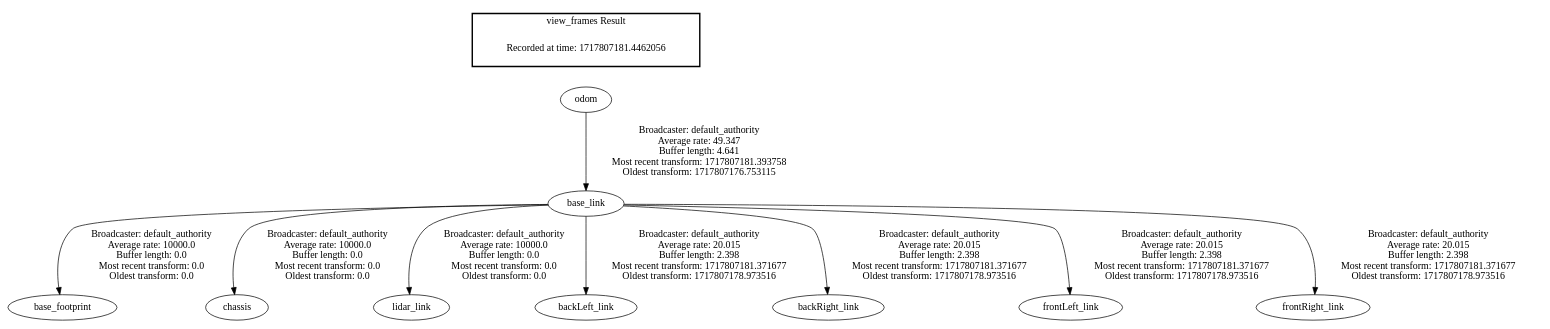
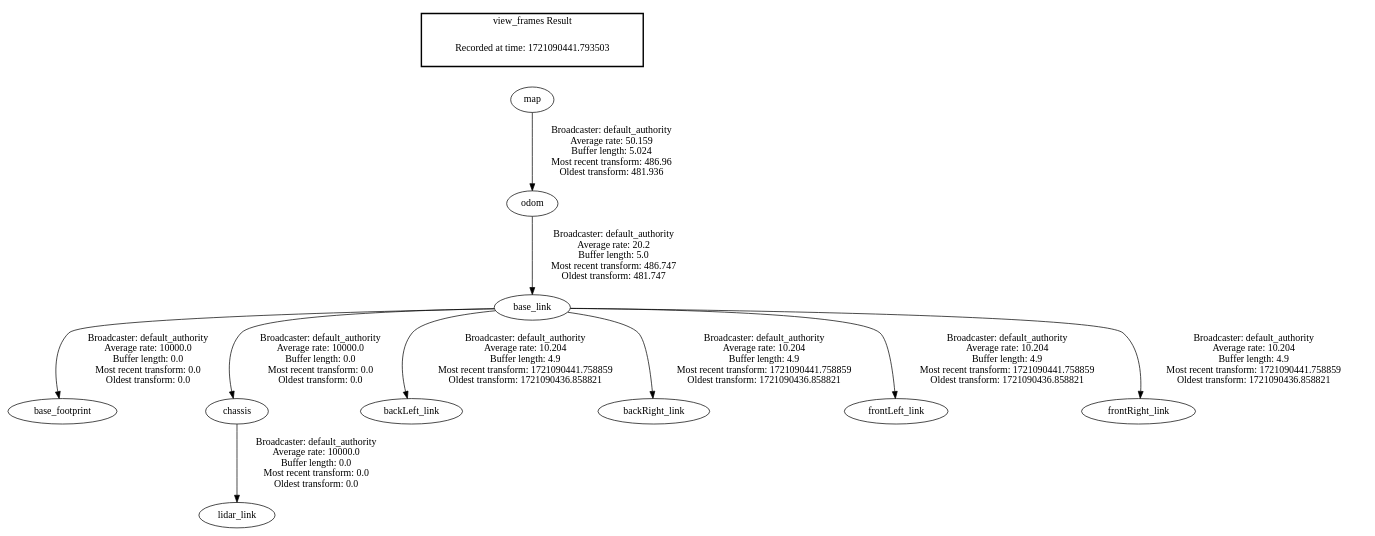
Before and after one commit to Ikaros-Robotics/icarus_nano: the diagram in frames.gv, drawn with Graphviz. The commit also changed 4 other files, not shown here.

```diff
--- a/frames.gv
+++ b/frames.gv
@@ -1,14 +1,15 @@
 digraph G {
-"odom" -> "base_link"[label=" Broadcaster: default_authority\nAverage rate: 49.347\nBuffer length: 4.641\nMost recent transform: 1717807181.393758\nOldest transform: 1717807176.753115\n"];
+"map" -> "odom"[label=" Broadcaster: default_authority\nAverage rate: 50.159\nBuffer length: 5.024\nMost recent transform: 486.96\nOldest transform: 481.936\n"];
+"odom" -> "base_link"[label=" Broadcaster: default_authority\nAverage rate: 20.2\nBuffer length: 5.0\nMost recent transform: 486.747\nOldest transform: 481.747\n"];
 "base_link" -> "base_footprint"[label=" Broadcaster: default_authority\nAverage rate: 10000.0\nBuffer length: 0.0\nMost recent transform: 0.0\nOldest transform: 0.0\n"];
 "base_link" -> "chassis"[label=" Broadcaster: default_authority\nAverage rate: 10000.0\nBuffer length: 0.0\nMost recent transform: 0.0\nOldest transform: 0.0\n"];
-"base_link" -> "lidar_link"[label=" Broadcaster: default_authority\nAverage rate: 10000.0\nBuffer length: 0.0\nMost recent transform: 0.0\nOldest transform: 0.0\n"];
-"base_link" -> "backLeft_link"[label=" Broadcaster: default_authority\nAverage rate: 20.015\nBuffer length: 2.398\nMost recent transform: 1717807181.371677\nOldest transform: 1717807178.973516\n"];
-"base_link" -> "backRight_link"[label=" Broadcaster: default_authority\nAverage rate: 20.015\nBuffer length: 2.398\nMost recent transform: 1717807181.371677\nOldest transform: 1717807178.973516\n"];
-"base_link" -> "frontLeft_link"[label=" Broadcaster: default_authority\nAverage rate: 20.015\nBuffer length: 2.398\nMost recent transform: 1717807181.371677\nOldest transform: 1717807178.973516\n"];
-"base_link" -> "frontRight_link"[label=" Broadcaster: default_authority\nAverage rate: 20.015\nBuffer length: 2.398\nMost recent transform: 1717807181.371677\nOldest transform: 1717807178.973516\n"];
+"chassis" -> "lidar_link"[label=" Broadcaster: default_authority\nAverage rate: 10000.0\nBuffer length: 0.0\nMost recent transform: 0.0\nOldest transform: 0.0\n"];
+"base_link" -> "backLeft_link"[label=" Broadcaster: default_authority\nAverage rate: 10.204\nBuffer length: 4.9\nMost recent transform: 1721090441.758859\nOldest transform: 1721090436.858821\n"];
+"base_link" -> "backRight_link"[label=" Broadcaster: default_authority\nAverage rate: 10.204\nBuffer length: 4.9\nMost recent transform: 1721090441.758859\nOldest transform: 1721090436.858821\n"];
+"base_link" -> "frontLeft_link"[label=" Broadcaster: default_authority\nAverage rate: 10.204\nBuffer length: 4.9\nMost recent transform: 1721090441.758859\nOldest transform: 1721090436.858821\n"];
+"base_link" -> "frontRight_link"[label=" Broadcaster: default_authority\nAverage rate: 10.204\nBuffer length: 4.9\nMost recent transform: 1721090441.758859\nOldest transform: 1721090436.858821\n"];
 edge [style=invis];
  subgraph cluster_legend { style=bold; color=black; label ="view_frames Result";
-"Recorded at time: 1717807181.4462056"[ shape=plaintext ] ;
-}->"odom";
+"Recorded at time: 1721090441.793503"[ shape=plaintext ] ;
+}->"map";
 }
```
